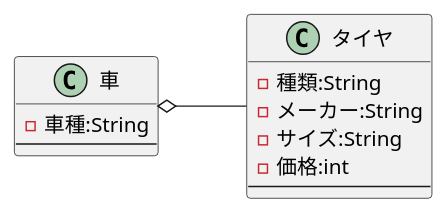
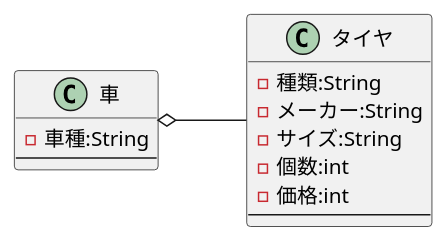
One commit to krij9319/uml-introduction changed the diagram in 演習3-4_クラス図.pu. Above: the diagram before and after it, drawn with PlantUML.

Commit message:
演習3-4_クラス図の修正

```diff
--- a/演習3-4_クラス図.pu
+++ b/演習3-4_クラス図.pu
@@ -1,15 +1,16 @@
 @startuml 演習3-4
     left to right direction
     class 車{
     - 車種:String
     ---
     }
     class タイヤ{
     - 種類:String
     - メーカー:String
     - サイズ:String
+    - 個数:int
     - 価格:int
     ---
     }
     車 o-- タイヤ
 @enduml
```
